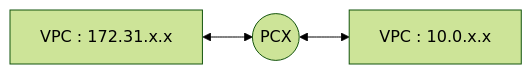
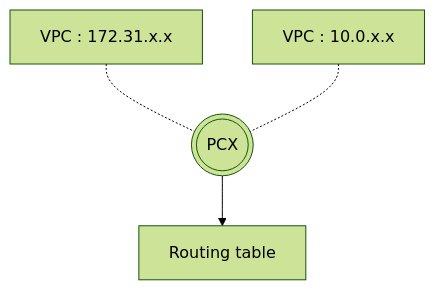
The diagram in _notes/aws/vpc-peering.md (choesimin/choesimin.github.io), drawn with Mermaid (forest theme) before and after one commit. The commit also changed other lines of this file, not shown here.

````diff
--- a/_notes/aws/vpc-peering.md
+++ b/_notes/aws/vpc-peering.md
@@ -32,5 +32,12 @@
 ```mermaid
-flowchart LR
+flowchart TB
 
-vpc1[VPC : 172.31.x.x] <--> pcx((PCX)) <--> vpc2[VPC : 10.0.x.x]
+vpc1[VPC : 172.31.x.x]
+vpc2[VPC : 10.0.x.x]
+pcx(((PCX)))
+route[Routing table]
+
+vpc1 -.- pcx
+vpc2 -.- pcx
+pcx --> route
 ```
````
